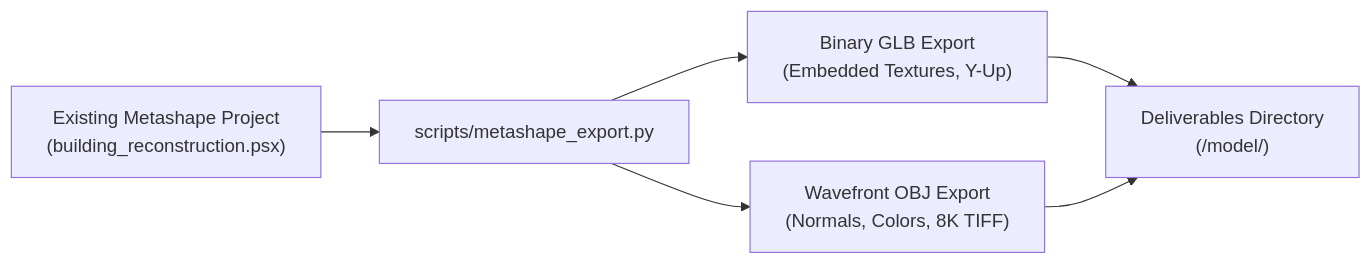
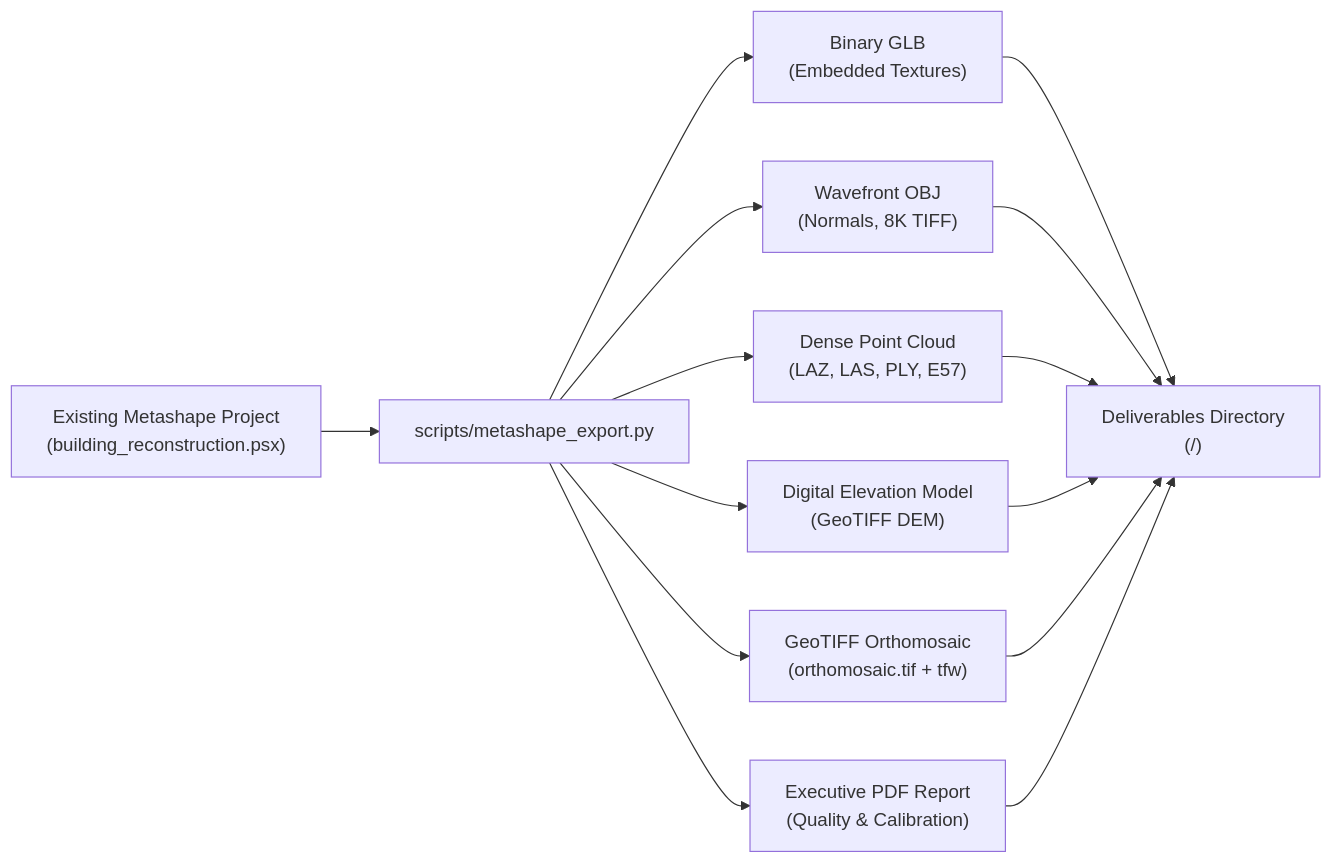
Before and after one commit to ngviettam82/AutoMetashape: the diagram in skills/user/photogrammetry-export/SKILL.md, drawn with Mermaid. The commit also changed other lines of this file and 7 other files, not shown here.

First line of the commit message:
feat: Add autonomous survey parameter inference, dense point cloud, DEM, and PDF reporting

````diff
--- a/skills/user/photogrammetry-export/SKILL.md
+++ b/skills/user/photogrammetry-export/SKILL.md
@@ -31,8 +35,16 @@
 ```mermaid
 flowchart LR
     A["Existing Metashape Project<br/>(building_reconstruction.psx)"] --> B["scripts/metashape_export.py"]
-    B --> C["Binary GLB Export<br/>(Embedded Textures, Y-Up)"]
-    B --> D["Wavefront OBJ Export<br/>(Normals, Colors, 8K TIFF)"]
-    C --> E["Deliverables Directory<br/>(<project_dir>/model/)"]
-    D --> E
+    B --> C["Binary GLB<br/>(Embedded Textures)"]
+    B --> D["Wavefront OBJ<br/>(Normals, 8K TIFF)"]
+    B --> E["Dense Point Cloud<br/>(LAZ, LAS, PLY, E57)"]
+    B --> F["Digital Elevation Model<br/>(GeoTIFF DEM)"]
+    B --> G["GeoTIFF Orthomosaic<br/>(orthomosaic.tif + tfw)"]
+    B --> H["Executive PDF Report<br/>(Quality & Calibration)"]
+    C --> I["Deliverables Directory<br/>(<output_dir>/)"]
+    D --> I
+    E --> I
+    F --> I
+    G --> I
+    H --> I
 ```
````
